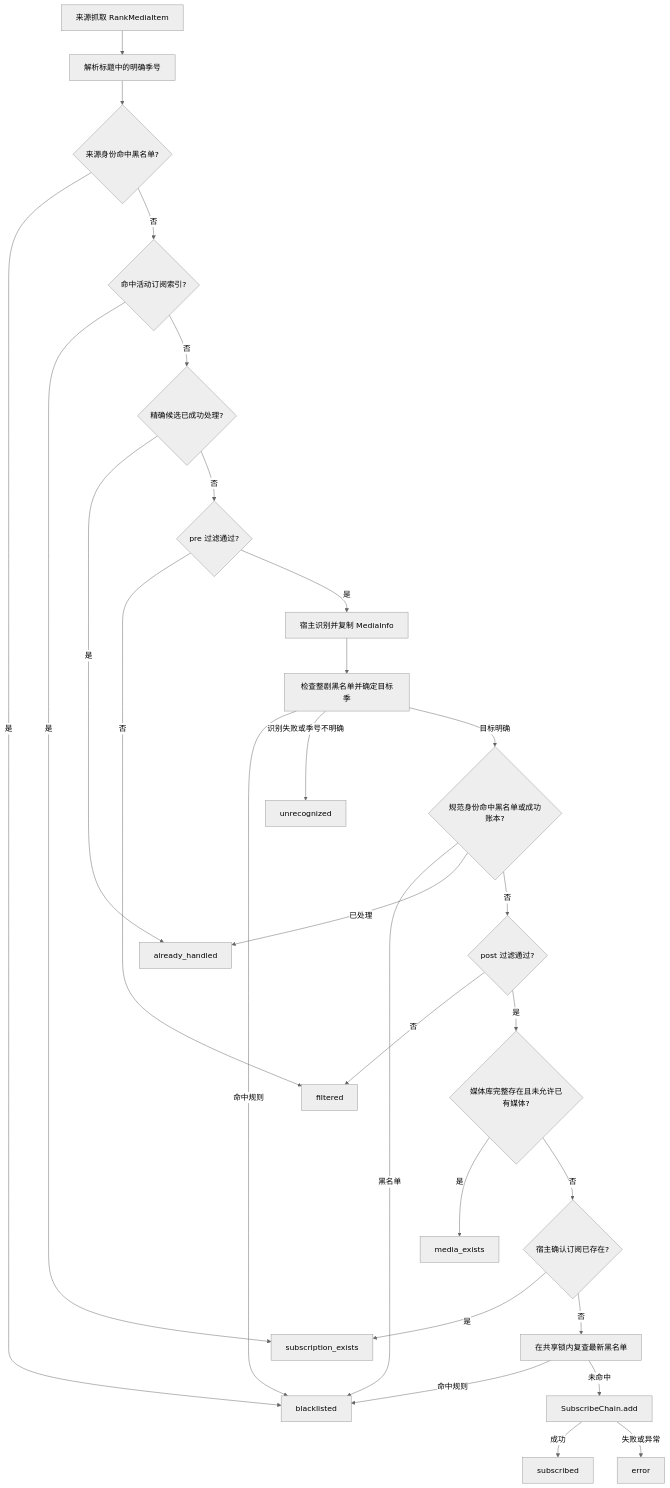
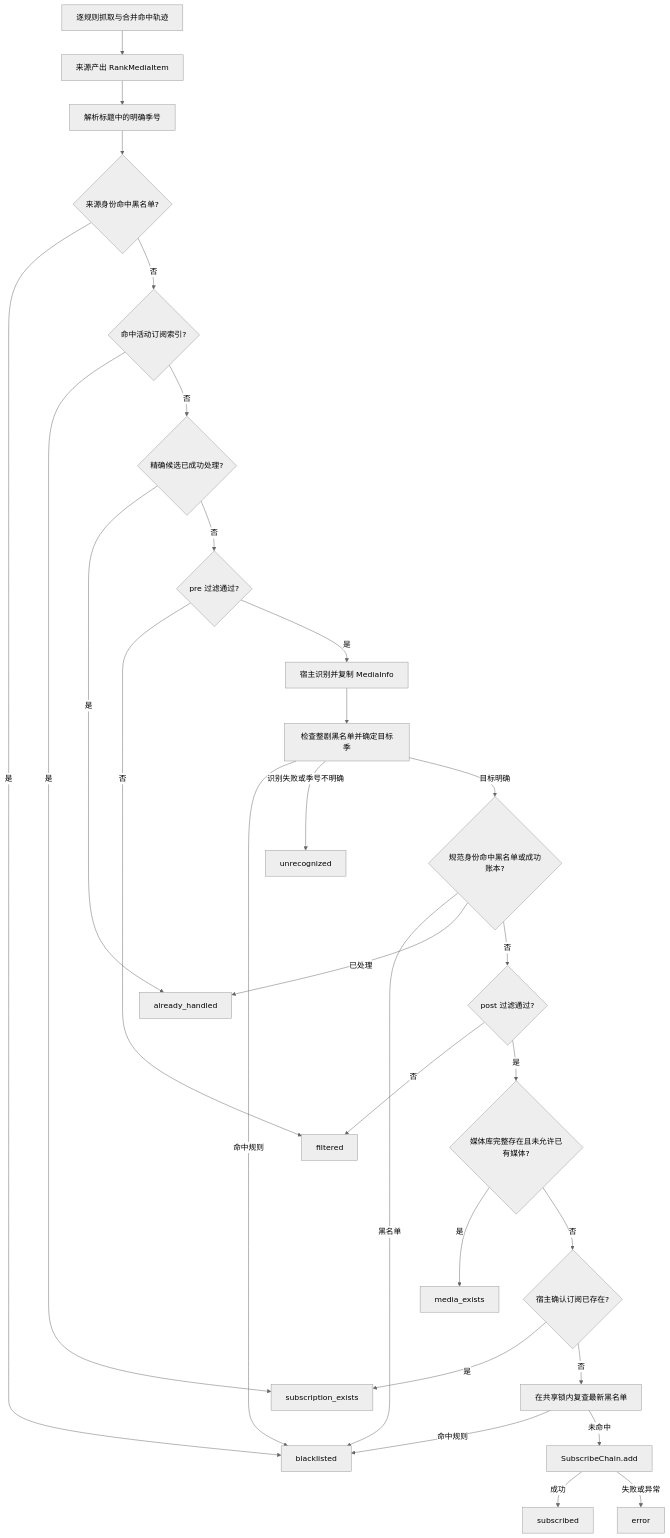
The diagram in plugins.v3/automaticsubscriptionassistant/docs/architecture.md (Aqr-K/Moviepilot-Plugins), drawn with Mermaid (neutral theme) before and after one commit. The commit also changed other lines of this file and 133 other files, not shown here.

````diff
--- a/plugins.v3/automaticsubscriptionassistant/docs/architecture.md
+++ b/plugins.v3/automaticsubscriptionassistant/docs/architecture.md
@@ -58,30 +63,31 @@
 ```mermaid
 flowchart TD
-    Fetch[来源抓取 RankMediaItem] --> Target[解析标题中的明确季号]
+    Rules[逐规则抓取与合并命中轨迹] --> Fetch[来源产出 RankMediaItem]
+    Fetch --> Target[解析标题中的明确季号]
     Target --> BlockPre{来源身份命中黑名单?}
     BlockPre -->|是| Ignored[blacklisted]
     BlockPre -->|否| Index{命中活动订阅索引?}
     Index -->|是| Exists[subscription_exists]
     Index -->|否| Handled{精确候选已成功处理?}
     Handled -->|是| Done[already_handled]
     Handled -->|否| Pre{pre 过滤通过?}
     Pre -->|否| Filtered[filtered]
     Pre -->|是| Recognize[宿主识别并复制 MediaInfo]
     Recognize --> Resolve[检查整剧黑名单并确定目标季]
     Resolve -->|命中规则| Ignored
     Resolve -->|识别失败或季号不明确| Unknown[unrecognized]
     Resolve -->|目标明确| Canonical{规范身份命中黑名单或成功账本?}
     Canonical -->|黑名单| Ignored
     Canonical -->|已处理| Done
     Canonical -->|否| Post{post 过滤通过?}
     Post -->|否| Filtered
     Post -->|是| Library{媒体库完整存在且未允许已有媒体?}
     Library -->|是| InLibrary[media_exists]
     Library -->|否| Subscription{宿主确认订阅已存在?}
     Subscription -->|是| Exists
     Subscription -->|否| Final[在共享锁内复查最新黑名单]
     Final -->|命中规则| Ignored
     Final -->|未命中| Add[SubscribeChain.add]
     Add -->|成功| Subscribed[subscribed]
     Add -->|失败或异常| Error[error]
 ```
````
